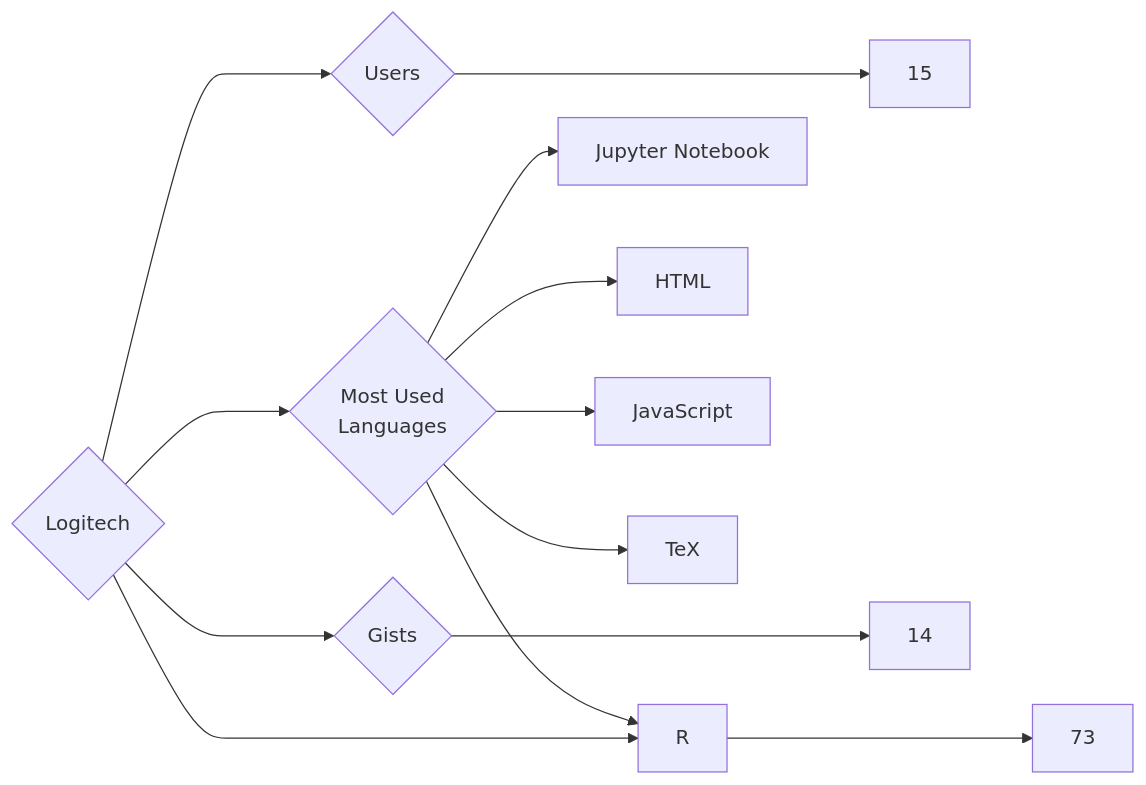
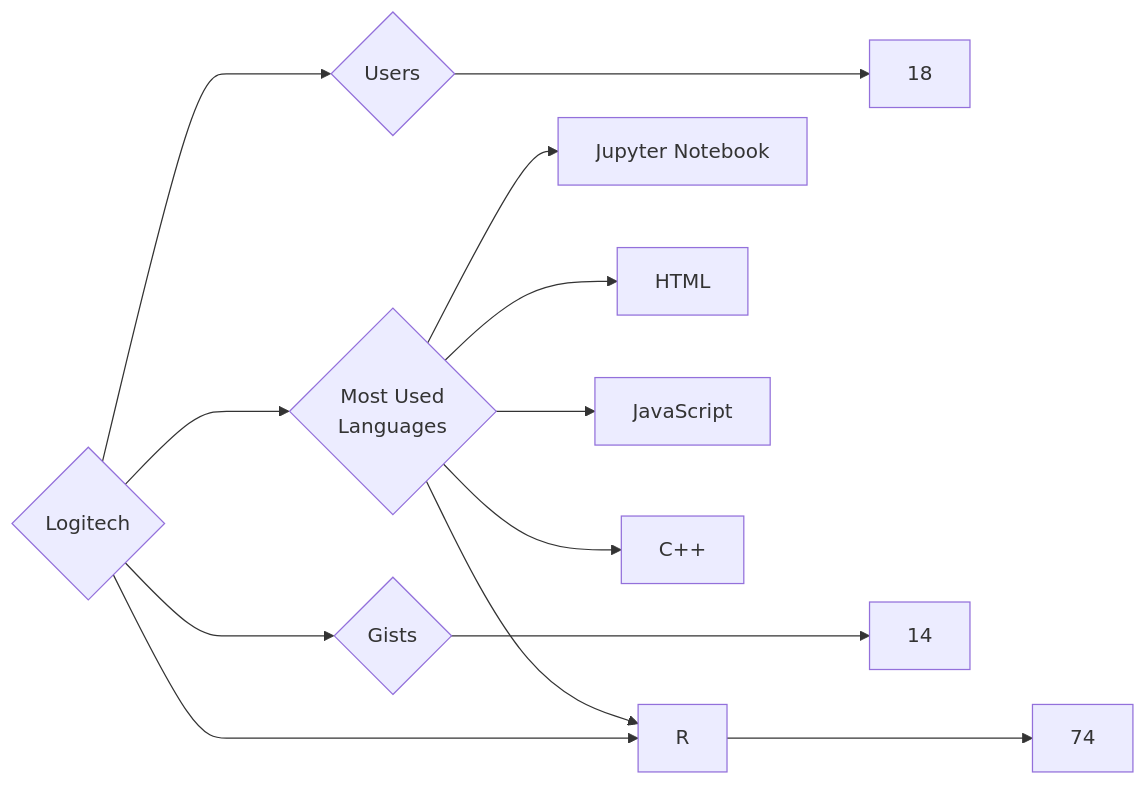
Before and after one commit to trickest/insiders: the diagram in targets/Logitech/README.md, drawn with Mermaid. The commit also changed 900 other files, not shown here.

````diff
--- a/targets/Logitech/README.md
+++ b/targets/Logitech/README.md
@@ -3,13 +3,13 @@
 ```mermaid
 graph LR
 COMPANY_NAME{Logitech}
-COMPANY_NAME ---> U{Users} ---> UN[15]
-COMPANY_NAME ---> R{Repositories} ---> RN[73]
+COMPANY_NAME ---> U{Users} ---> UN[18]
+COMPANY_NAME ---> R{Repositories} ---> RN[74]
 COMPANY_NAME ---> G{Gists} ---> GN[14]
 COMPANY_NAME ---> ML{Most Used<br>Languages}
 ML --> Jupyter_Notebook[Jupyter Notebook]
 ML --> HTML[HTML]
 ML --> JavaScript[JavaScript]
 ML --> R[R]
-ML --> TeX[TeX]
+ML --> C++[C++]
 ```
````
